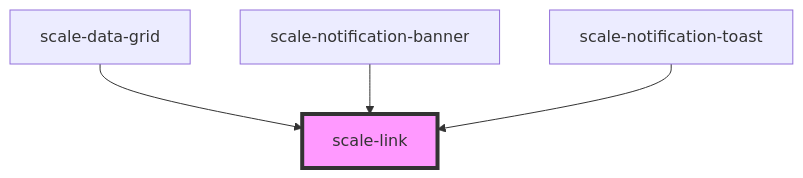
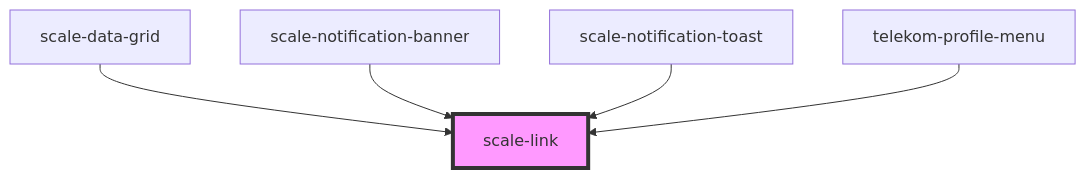
Before and after one commit to telekom/scale: the diagram in packages/components/src/components/link/readme.md, drawn with Mermaid. The commit also changed other lines of this file and 33 other files, not shown here.

First line of the commit message:
feat(telekom-profile-menu): WIP (#2208)

````diff
--- a/packages/components/src/components/link/readme.md
+++ b/packages/components/src/components/link/readme.md
@@ -113,7 +114,8 @@
 ```mermaid
 graph TD;
   scale-data-grid --> scale-link
   scale-notification-banner --> scale-link
   scale-notification-toast --> scale-link
+  telekom-profile-menu --> scale-link
   style scale-link fill:#f9f,stroke:#333,stroke-width:4px
 ```
````
